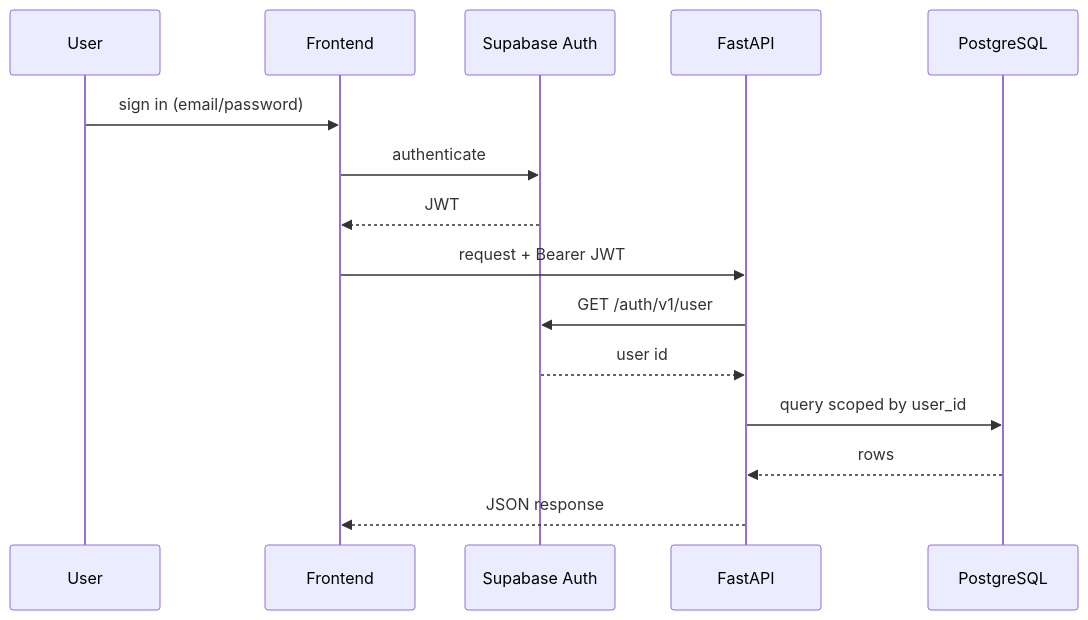
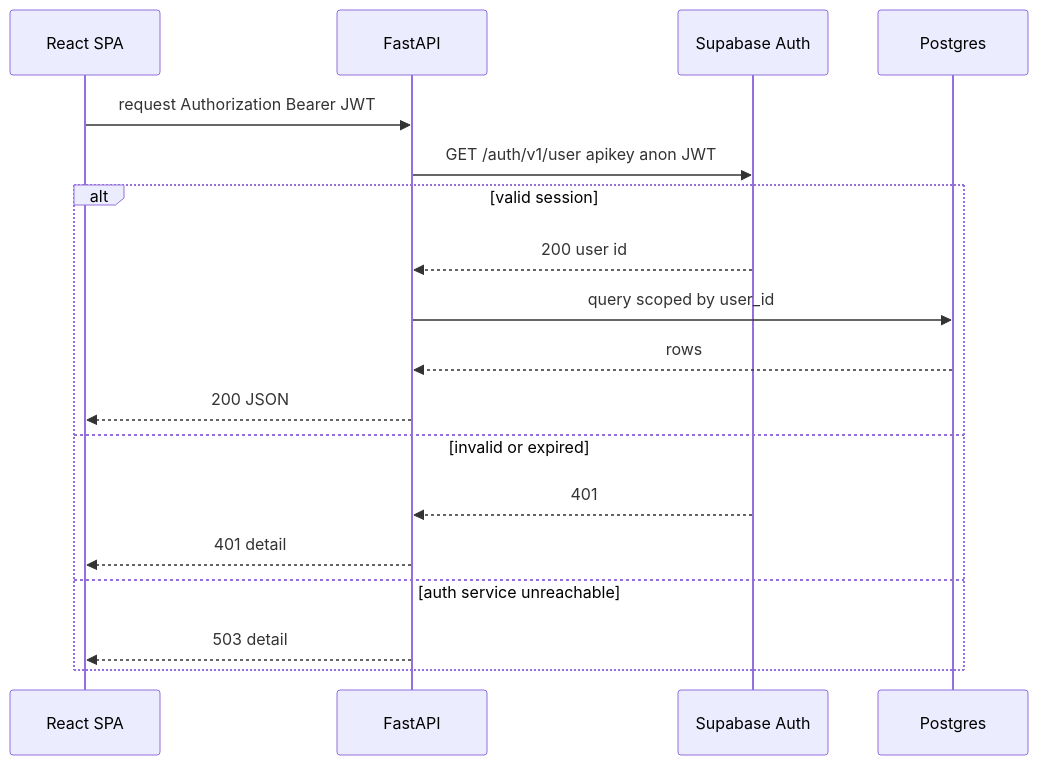
The third of 3 diagrams in README.md (tahmidft/clear-clause), drawn with Mermaid before and after one commit. The commit also changed other lines of this file, not shown here.

````diff
--- a/README.md
+++ b/README.md
@@ -133,18 +187,21 @@
 ```mermaid
 sequenceDiagram
-  participant U as User
-  participant FE as Frontend
-  participant SA as Supabase Auth
+  participant SPA as React SPA
   participant API as FastAPI
-  participant DB as PostgreSQL
+  participant Auth as Supabase Auth
+  participant DB as Postgres
 
-  U->>FE: sign in (email/password)
-  FE->>SA: authenticate
-  SA-->>FE: JWT
-  FE->>API: request + Bearer JWT
-  API->>SA: GET /auth/v1/user
-  SA-->>API: user id
-  API->>DB: query scoped by user_id
-  DB-->>API: rows
-  API-->>FE: JSON response
+  SPA->>API: request Authorization Bearer JWT
+  API->>Auth: GET /auth/v1/user apikey anon JWT
+  alt valid session
+    Auth-->>API: 200 user id
+    API->>DB: query scoped by user_id
+    DB-->>API: rows
+    API-->>SPA: 200 JSON
+  else invalid or expired
+    Auth-->>API: 401
+    API-->>SPA: 401 detail
+  else auth service unreachable
+    API-->>SPA: 503 detail
+  end
 ```
````
